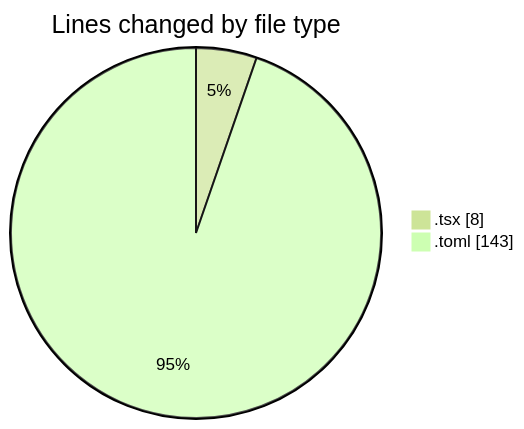
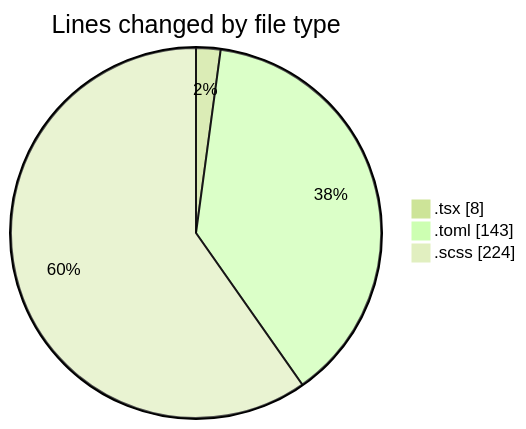
The first of 2 diagrams in 2026-11-02/cda/README.md (momahboobian/code-tracking), drawn with Mermaid (forest theme) before and after one commit. The commit also changed other lines of this file and 1 other file, not shown here.

````diff
--- a/2026-11-02/cda/README.md
+++ b/2026-11-02/cda/README.md
@@ -21,6 +22,7 @@
 ```mermaid
 pie showData
 title Lines changed by file type
 ".tsx" : 8
 ".toml" : 143
+".scss" : 224
 ```
````
